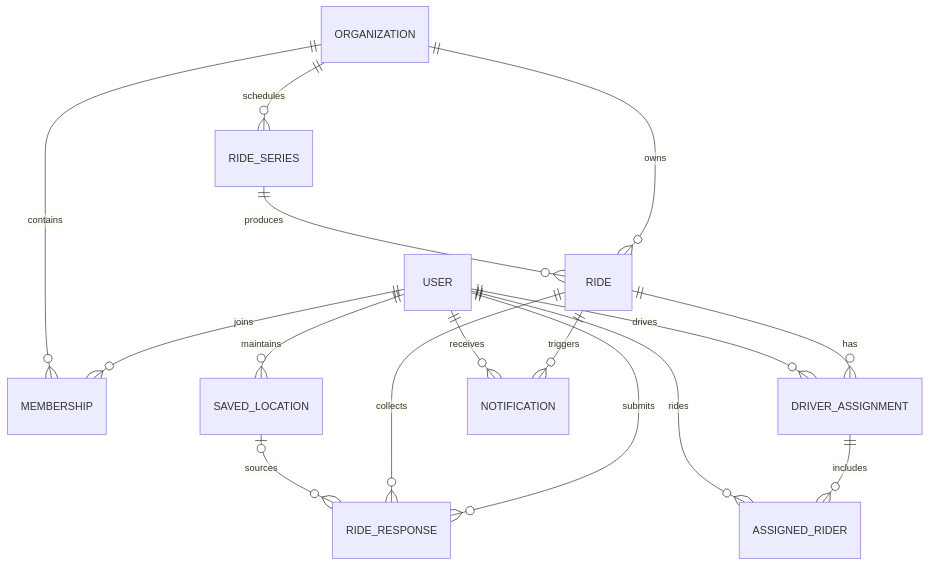
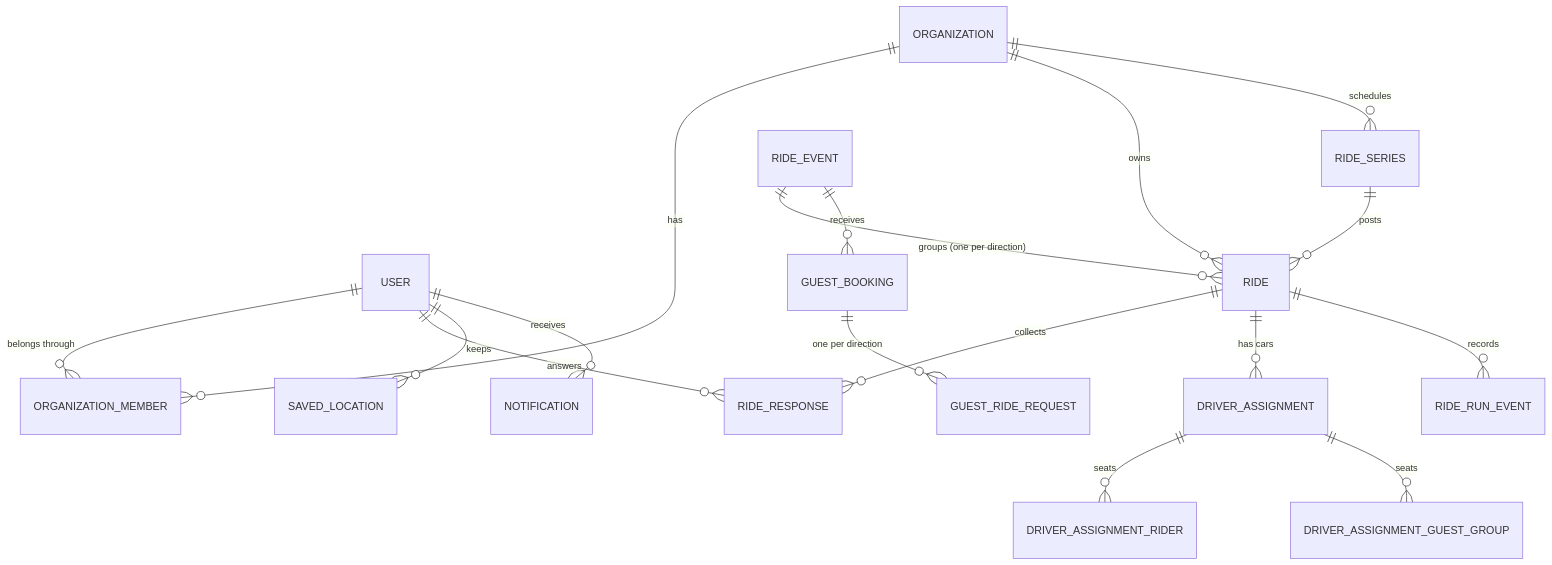
The diagram in docs/api-and-data-design.md (x8n-0/ridesmart-technical-case-study), drawn with Mermaid before and after one commit. The commit also changed other lines of this file and 6 other files, not shown here.

````diff
--- a/docs/api-and-data-design.md
+++ b/docs/api-and-data-design.md
@@ -60,18 +57,19 @@
 ```mermaid
 erDiagram
-    USER ||--o{ MEMBERSHIP : joins
-    ORGANIZATION ||--o{ MEMBERSHIP : contains
+    USER ||--o{ ORGANIZATION_MEMBER : "belongs through"
+    ORGANIZATION ||--o{ ORGANIZATION_MEMBER : has
     ORGANIZATION ||--o{ RIDE : owns
     ORGANIZATION ||--o{ RIDE_SERIES : schedules
-    RIDE_SERIES ||--o{ RIDE : produces
-    USER ||--o{ RIDE_RESPONSE : submits
+    RIDE_SERIES ||--o{ RIDE : posts
+    RIDE_EVENT ||--o{ RIDE : "groups (one per direction)"
     RIDE ||--o{ RIDE_RESPONSE : collects
-    USER ||--o{ SAVED_LOCATION : maintains
-    SAVED_LOCATION o|--o{ RIDE_RESPONSE : sources
-    RIDE ||--o{ DRIVER_ASSIGNMENT : has
-    USER ||--o{ DRIVER_ASSIGNMENT : drives
-    DRIVER_ASSIGNMENT ||--o{ ASSIGNED_RIDER : includes
-    USER ||--o{ ASSIGNED_RIDER : rides
-    RIDE ||--o{ NOTIFICATION : triggers
+    USER ||--o{ RIDE_RESPONSE : answers
+    USER ||--o{ SAVED_LOCATION : keeps
+    RIDE ||--o{ DRIVER_ASSIGNMENT : "has cars"
+    DRIVER_ASSIGNMENT ||--o{ DRIVER_ASSIGNMENT_RIDER : seats
+    DRIVER_ASSIGNMENT ||--o{ DRIVER_ASSIGNMENT_GUEST_GROUP : seats
+    RIDE_EVENT ||--o{ GUEST_BOOKING : receives
+    GUEST_BOOKING ||--o{ GUEST_RIDE_REQUEST : "one per direction"
+    RIDE ||--o{ RIDE_RUN_EVENT : records
     USER ||--o{ NOTIFICATION : receives
 ```
````
